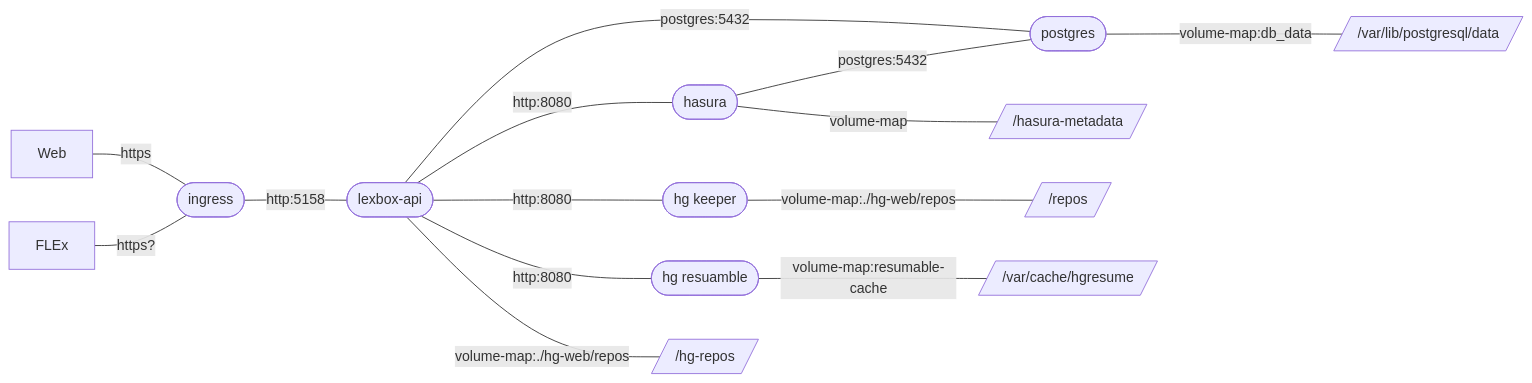
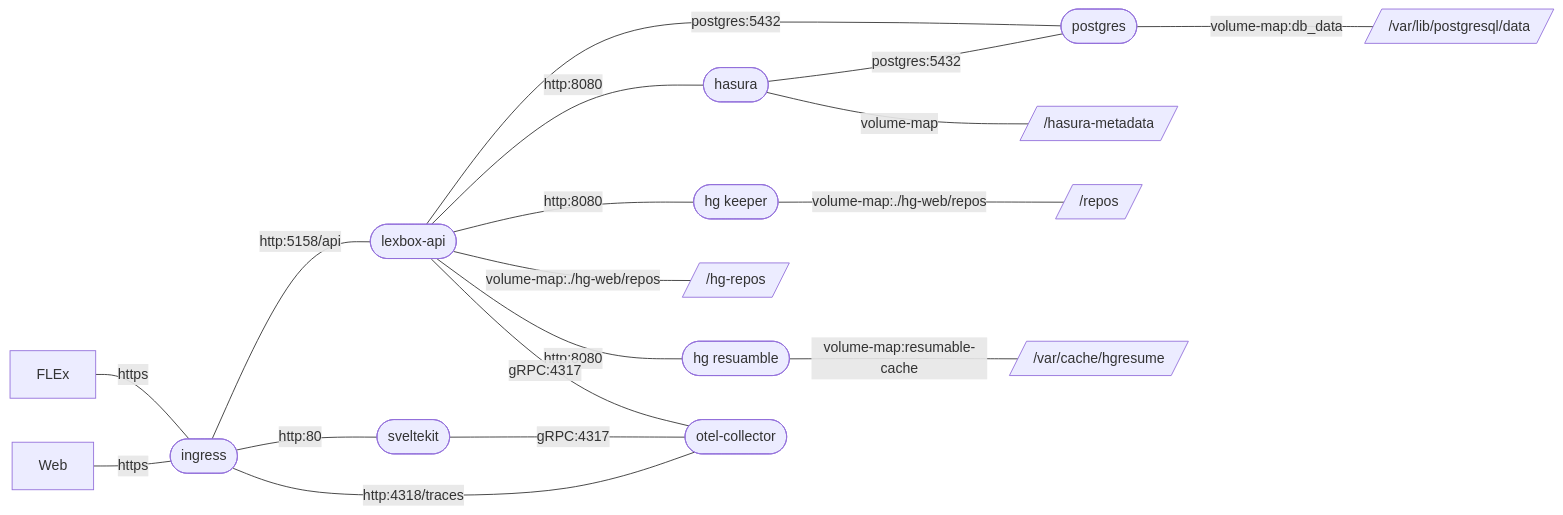
One commit to sillsdev/languageforge-lexbox changed the third of 3 diagrams in README.md. Above: the diagram before and after it, drawn with Mermaid.

Commit message:
added otel into diagram

````diff
--- a/README.md
+++ b/README.md
@@ -119,22 +119,28 @@
 ```mermaid
 
 flowchart LR
+    FLEx -- https --- Proxy
     Web -- https --- Proxy([ingress])
-    FLEx -- https? --- Proxy
 
-    Proxy -- http:5158 --- api([lexbox-api])
+    Proxy -- http:5158/api --- api([lexbox-api])
+    Proxy -- http:80 --- node([sveltekit])
 
     api -- postgres:5432 --- db([postgres])
-    api -- http:8080 --- hasura([hasura])
-    api -- http:8080 --- hg([hg keeper])
-    api -- http:8080 --- hg-resumable([hg resuamble])
-
-    hasura -- postgres:5432 --- db([postgres])
-
-    api -- volume-map:./hg-web/repos --- hg-repos[//hg-repos/]
-    hg -- volume-map:./hg-web/repos --- repos[//repos/]
-    hasura -- volume-map --- metadata[//hasura-metadata/]
-    hg-resumable -- volume-map:resumable-cache --- cache[//var/cache/hgresume/]
     db -- volume-map:db_data --- data[//var/lib/postgresql/data/]
 
+    api -- http:8080 --- hasura([hasura])
+    hasura -- postgres:5432 --- db([postgres])
+    hasura -- volume-map --- metadata[//hasura-metadata/]
+
+    api -- http:8080 --- hg([hg keeper])
+    hg -- volume-map:./hg-web/repos --- repos[//repos/]
+    api -- volume-map:./hg-web/repos --- hg-repos[//hg-repos/]
+
+    api -- http:8080 --- hg-resumable([hg resuamble])
+    hg-resumable -- volume-map:resumable-cache --- cache[//var/cache/hgresume/]
+
+    api -- gRPC:4317 --- otel-collector([otel-collector])
+    Proxy -- http:4318/traces --- otel-collector
+    node -- gRPC:4317 --- otel-collector
+
 ```
````
